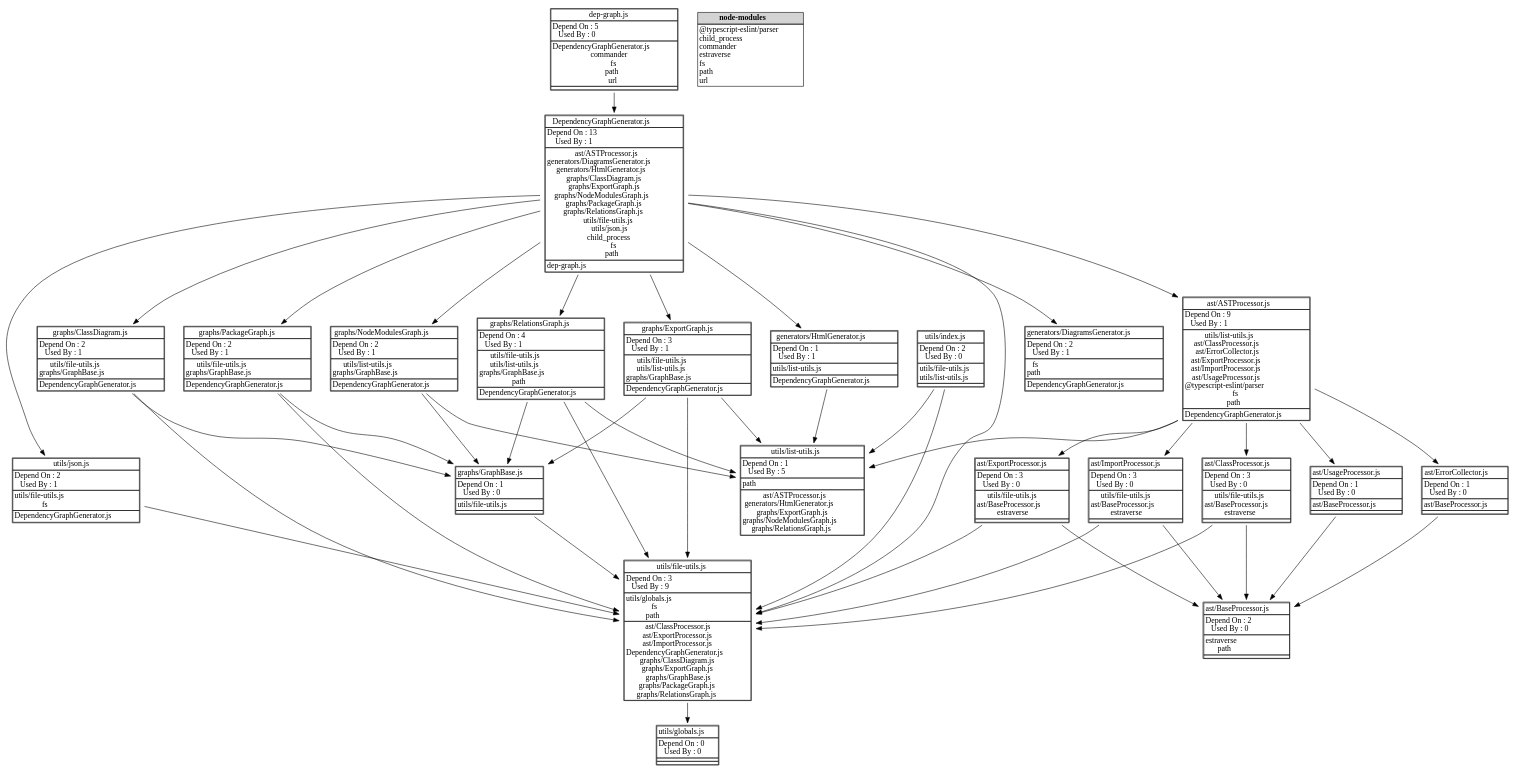
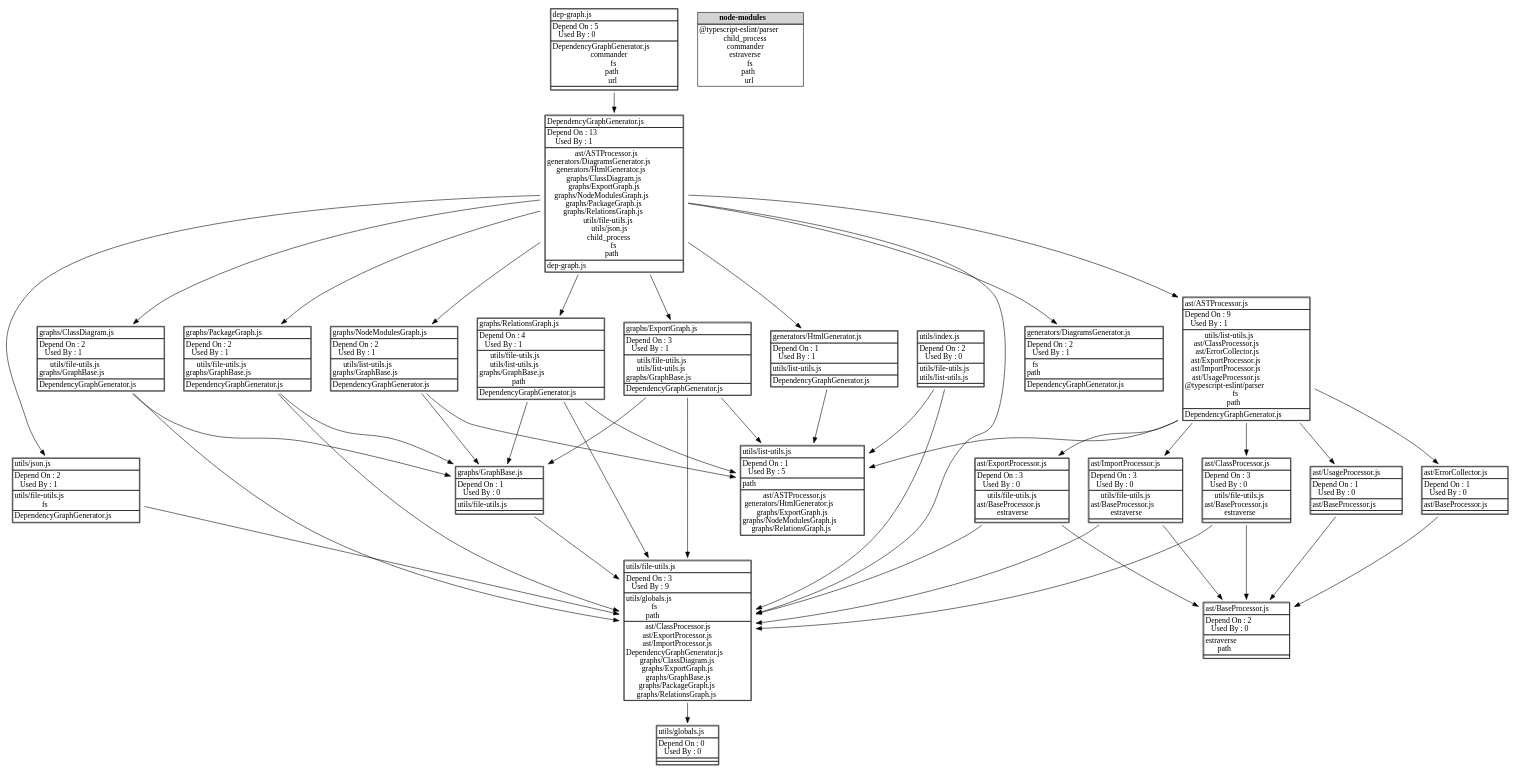
Before and after one commit to fleebe/dep-graph: the diagram in docs/Relations.dot, drawn with Graphviz. The commit also changed 21 other files, not shown here.

Commit message:
IMplemented node_moduels in Modeul Export and made sure the code completes the generation of SVG files before it tries to create diagrams.html

```diff
--- a/docs/Relations.dot
+++ b/docs/Relations.dot
@@ -1,17 +1,38 @@
 digraph {label="";
 labelloc="t";
 "dep-graph.js" [shape = none, label =<<TABLE cellspacing="0" cellborder="1" align="left">
-<TR><TD ALIGN="center">dep-graph.js</TD></TR>
+<TR><TD ALIGN="left">dep-graph.js</TD></TR>
 <TR><TD ALIGN="left">Depend On : 5<BR/>
 Used By : 0</TD></TR>
-<TR><TD align="left">DependencyGraphGenerator.js<BR />commander<BR />fs<BR />path<BR />url<BR /></TD></TR><TR><TD align="left"></TD></TR>
+<TR><TD ALIGN="left">DependencyGraphGenerator.js<BR/>
+commander<BR/>
+fs<BR/>
+path<BR/>
+url<BR/>
+</TD></TR>
+<TR><TD ALIGN="left"></TD></TR>
 </TABLE>>];
 "dep-graph.js"->"DependencyGraphGenerator.js"
 "DependencyGraphGenerator.js" [shape = none, label =<<TABLE cellspacing="0" cellborder="1" align="left">
-<TR><TD ALIGN="center">DependencyGraphGenerator.js</TD></TR>
+<TR><TD ALIGN="left">DependencyGraphGenerator.js</TD></TR>
 <TR><TD ALIGN="left">Depend On : 13<BR/>
 Used By : 1</TD></TR>
-<TR><TD align="left">ast/ASTProcessor.js<BR />generators/DiagramsGenerator.js<BR />generators/HtmlGenerator.js<BR />graphs/ClassDiagram.js<BR />graphs/ExportGraph.js<BR />graphs/NodeModulesGraph.js<BR />graphs/PackageGraph.js<BR />graphs/RelationsGraph.js<BR />utils/file-utils.js<BR />utils/json.js<BR />child_process<BR />fs<BR />path<BR /></TD></TR><TR><TD align="left">dep-graph.js<BR/></TD></TR>
+<TR><TD ALIGN="left">ast/ASTProcessor.js<BR/>
+generators/DiagramsGenerator.js<BR/>
+generators/HtmlGenerator.js<BR/>
+graphs/ClassDiagram.js<BR/>
+graphs/ExportGraph.js<BR/>
+graphs/NodeModulesGraph.js<BR/>
+graphs/PackageGraph.js<BR/>
+graphs/RelationsGraph.js<BR/>
+utils/file-utils.js<BR/>
+utils/json.js<BR/>
+child_process<BR/>
+fs<BR/>
+path<BR/>
+</TD></TR>
+<TR><TD ALIGN="left">dep-graph.js<BR/>
+</TD></TR>
 </TABLE>>];
 "DependencyGraphGenerator.js"->"ast/ASTProcessor.js"
 "DependencyGraphGenerator.js"->"generators/DiagramsGenerator.js"
@@ -24,10 +45,21 @@
 "DependencyGraphGenerator.js"->"utils/file-utils.js"
 "DependencyGraphGenerator.js"->"utils/json.js"
 "ast/ASTProcessor.js" [shape = none, label =<<TABLE cellspacing="0" cellborder="1" align="left">
-<TR><TD ALIGN="center">ast/ASTProcessor.js</TD></TR>
+<TR><TD ALIGN="left">ast/ASTProcessor.js</TD></TR>
 <TR><TD ALIGN="left">Depend On : 9<BR/>
 Used By : 1</TD></TR>
-<TR><TD align="left">utils/list-utils.js<BR />ast/ClassProcessor.js<BR />ast/ErrorCollector.js<BR />ast/ExportProcessor.js<BR />ast/ImportProcessor.js<BR />ast/UsageProcessor.js<BR />@typescript-eslint/parser<BR />fs<BR />path<BR /></TD></TR><TR><TD align="left">DependencyGraphGenerator.js<BR/></TD></TR>
+<TR><TD ALIGN="left">utils/list-utils.js<BR/>
+ast/ClassProcessor.js<BR/>
+ast/ErrorCollector.js<BR/>
+ast/ExportProcessor.js<BR/>
+ast/ImportProcessor.js<BR/>
+ast/UsageProcessor.js<BR/>
+@typescript-eslint/parser<BR/>
+fs<BR/>
+path<BR/>
+</TD></TR>
+<TR><TD ALIGN="left">DependencyGraphGenerator.js<BR/>
+</TD></TR>
 </TABLE>>];
 "ast/ASTProcessor.js"->"utils/list-utils.js"
 "ast/ASTProcessor.js"->"ast/ClassProcessor.js"
@@ -36,147 +68,233 @@
 "ast/ASTProcessor.js"->"ast/ImportProcessor.js"
 "ast/ASTProcessor.js"->"ast/UsageProcessor.js"
 "ast/BaseProcessor.js" [shape = none, label =<<TABLE cellspacing="0" cellborder="1" align="left">
-<TR><TD ALIGN="center">ast/BaseProcessor.js</TD></TR>
+<TR><TD ALIGN="left">ast/BaseProcessor.js</TD></TR>
 <TR><TD ALIGN="left">Depend On : 2<BR/>
 Used By : 0</TD></TR>
-<TR><TD align="left">estraverse<BR />path<BR /></TD></TR><TR><TD align="left"></TD></TR>
+<TR><TD ALIGN="left">estraverse<BR/>
+path<BR/>
+</TD></TR>
+<TR><TD ALIGN="left"></TD></TR>
 </TABLE>>];
 "ast/ClassProcessor.js" [shape = none, label =<<TABLE cellspacing="0" cellborder="1" align="left">
-<TR><TD ALIGN="center">ast/ClassProcessor.js</TD></TR>
+<TR><TD ALIGN="left">ast/ClassProcessor.js</TD></TR>
 <TR><TD ALIGN="left">Depend On : 3<BR/>
 Used By : 0</TD></TR>
-<TR><TD align="left">utils/file-utils.js<BR />ast/BaseProcessor.js<BR />estraverse<BR /></TD></TR><TR><TD align="left"></TD></TR>
+<TR><TD ALIGN="left">utils/file-utils.js<BR/>
+ast/BaseProcessor.js<BR/>
+estraverse<BR/>
+</TD></TR>
+<TR><TD ALIGN="left"></TD></TR>
 </TABLE>>];
 "ast/ClassProcessor.js"->"utils/file-utils.js"
 "ast/ClassProcessor.js"->"ast/BaseProcessor.js"
 "ast/ErrorCollector.js" [shape = none, label =<<TABLE cellspacing="0" cellborder="1" align="left">
-<TR><TD ALIGN="center">ast/ErrorCollector.js</TD></TR>
+<TR><TD ALIGN="left">ast/ErrorCollector.js</TD></TR>
 <TR><TD ALIGN="left">Depend On : 1<BR/>
 Used By : 0</TD></TR>
-<TR><TD align="left">ast/BaseProcessor.js<BR /></TD></TR><TR><TD align="left"></TD></TR>
+<TR><TD ALIGN="left">ast/BaseProcessor.js<BR/>
+</TD></TR>
+<TR><TD ALIGN="left"></TD></TR>
 </TABLE>>];
 "ast/ErrorCollector.js"->"ast/BaseProcessor.js"
 "ast/ExportProcessor.js" [shape = none, label =<<TABLE cellspacing="0" cellborder="1" align="left">
-<TR><TD ALIGN="center">ast/ExportProcessor.js</TD></TR>
+<TR><TD ALIGN="left">ast/ExportProcessor.js</TD></TR>
 <TR><TD ALIGN="left">Depend On : 3<BR/>
 Used By : 0</TD></TR>
-<TR><TD align="left">utils/file-utils.js<BR />ast/BaseProcessor.js<BR />estraverse<BR /></TD></TR><TR><TD align="left"></TD></TR>
+<TR><TD ALIGN="left">utils/file-utils.js<BR/>
+ast/BaseProcessor.js<BR/>
+estraverse<BR/>
+</TD></TR>
+<TR><TD ALIGN="left"></TD></TR>
 </TABLE>>];
 "ast/ExportProcessor.js"->"utils/file-utils.js"
 "ast/ExportProcessor.js"->"ast/BaseProcessor.js"
 "ast/ImportProcessor.js" [shape = none, label =<<TABLE cellspacing="0" cellborder="1" align="left">
-<TR><TD ALIGN="center">ast/ImportProcessor.js</TD></TR>
+<TR><TD ALIGN="left">ast/ImportProcessor.js</TD></TR>
 <TR><TD ALIGN="left">Depend On : 3<BR/>
 Used By : 0</TD></TR>
-<TR><TD align="left">utils/file-utils.js<BR />ast/BaseProcessor.js<BR />estraverse<BR /></TD></TR><TR><TD align="left"></TD></TR>
+<TR><TD ALIGN="left">utils/file-utils.js<BR/>
+ast/BaseProcessor.js<BR/>
+estraverse<BR/>
+</TD></TR>
+<TR><TD ALIGN="left"></TD></TR>
 </TABLE>>];
 "ast/ImportProcessor.js"->"utils/file-utils.js"
 "ast/ImportProcessor.js"->"ast/BaseProcessor.js"
 "ast/UsageProcessor.js" [shape = none, label =<<TABLE cellspacing="0" cellborder="1" align="left">
-<TR><TD ALIGN="center">ast/UsageProcessor.js</TD></TR>
+<TR><TD ALIGN="left">ast/UsageProcessor.js</TD></TR>
 <TR><TD ALIGN="left">Depend On : 1<BR/>
 Used By : 0</TD></TR>
-<TR><TD align="left">ast/BaseProcessor.js<BR /></TD></TR><TR><TD align="left"></TD></TR>
+<TR><TD ALIGN="left">ast/BaseProcessor.js<BR/>
+</TD></TR>
+<TR><TD ALIGN="left"></TD></TR>
 </TABLE>>];
 "ast/UsageProcessor.js"->"ast/BaseProcessor.js"
 "generators/DiagramsGenerator.js" [shape = none, label =<<TABLE cellspacing="0" cellborder="1" align="left">
-<TR><TD ALIGN="center">generators/DiagramsGenerator.js</TD></TR>
+<TR><TD ALIGN="left">generators/DiagramsGenerator.js</TD></TR>
 <TR><TD ALIGN="left">Depend On : 2<BR/>
 Used By : 1</TD></TR>
-<TR><TD align="left">fs<BR />path<BR /></TD></TR><TR><TD align="left">DependencyGraphGenerator.js<BR/></TD></TR>
+<TR><TD ALIGN="left">fs<BR/>
+path<BR/>
+</TD></TR>
+<TR><TD ALIGN="left">DependencyGraphGenerator.js<BR/>
+</TD></TR>
 </TABLE>>];
 "generators/HtmlGenerator.js" [shape = none, label =<<TABLE cellspacing="0" cellborder="1" align="left">
-<TR><TD ALIGN="center">generators/HtmlGenerator.js</TD></TR>
+<TR><TD ALIGN="left">generators/HtmlGenerator.js</TD></TR>
 <TR><TD ALIGN="left">Depend On : 1<BR/>
 Used By : 1</TD></TR>
-<TR><TD align="left">utils/list-utils.js<BR /></TD></TR><TR><TD align="left">DependencyGraphGenerator.js<BR/></TD></TR>
+<TR><TD ALIGN="left">utils/list-utils.js<BR/>
+</TD></TR>
+<TR><TD ALIGN="left">DependencyGraphGenerator.js<BR/>
+</TD></TR>
 </TABLE>>];
 "generators/HtmlGenerator.js"->"utils/list-utils.js"
 "graphs/ClassDiagram.js" [shape = none, label =<<TABLE cellspacing="0" cellborder="1" align="left">
-<TR><TD ALIGN="center">graphs/ClassDiagram.js</TD></TR>
+<TR><TD ALIGN="left">graphs/ClassDiagram.js</TD></TR>
 <TR><TD ALIGN="left">Depend On : 2<BR/>
 Used By : 1</TD></TR>
-<TR><TD align="left">utils/file-utils.js<BR />graphs/GraphBase.js<BR /></TD></TR><TR><TD align="left">DependencyGraphGenerator.js<BR/></TD></TR>
+<TR><TD ALIGN="left">utils/file-utils.js<BR/>
+graphs/GraphBase.js<BR/>
+</TD></TR>
+<TR><TD ALIGN="left">DependencyGraphGenerator.js<BR/>
+</TD></TR>
 </TABLE>>];
 "graphs/ClassDiagram.js"->"utils/file-utils.js"
 "graphs/ClassDiagram.js"->"graphs/GraphBase.js"
 "graphs/ExportGraph.js" [shape = none, label =<<TABLE cellspacing="0" cellborder="1" align="left">
-<TR><TD ALIGN="center">graphs/ExportGraph.js</TD></TR>
+<TR><TD ALIGN="left">graphs/ExportGraph.js</TD></TR>
 <TR><TD ALIGN="left">Depend On : 3<BR/>
 Used By : 1</TD></TR>
-<TR><TD align="left">utils/file-utils.js<BR />utils/list-utils.js<BR />graphs/GraphBase.js<BR /></TD></TR><TR><TD align="left">DependencyGraphGenerator.js<BR/></TD></TR>
+<TR><TD ALIGN="left">utils/file-utils.js<BR/>
+utils/list-utils.js<BR/>
+graphs/GraphBase.js<BR/>
+</TD></TR>
+<TR><TD ALIGN="left">DependencyGraphGenerator.js<BR/>
+</TD></TR>
 </TABLE>>];
 "graphs/ExportGraph.js"->"utils/file-utils.js"
 "graphs/ExportGraph.js"->"utils/list-utils.js"
 "graphs/ExportGraph.js"->"graphs/GraphBase.js"
 "graphs/GraphBase.js" [shape = none, label =<<TABLE cellspacing="0" cellborder="1" align="left">
-<TR><TD ALIGN="center">graphs/GraphBase.js</TD></TR>
+<TR><TD ALIGN="left">graphs/GraphBase.js</TD></TR>
 <TR><TD ALIGN="left">Depend On : 1<BR/>
 Used By : 0</TD></TR>
-<TR><TD align="left">utils/file-utils.js<BR /></TD></TR><TR><TD align="left"></TD></TR>
+<TR><TD ALIGN="left">utils/file-utils.js<BR/>
+</TD></TR>
+<TR><TD ALIGN="left"></TD></TR>
 </TABLE>>];
 "graphs/GraphBase.js"->"utils/file-utils.js"
 "graphs/NodeModulesGraph.js" [shape = none, label =<<TABLE cellspacing="0" cellborder="1" align="left">
-<TR><TD ALIGN="center">graphs/NodeModulesGraph.js</TD></TR>
+<TR><TD ALIGN="left">graphs/NodeModulesGraph.js</TD></TR>
 <TR><TD ALIGN="left">Depend On : 2<BR/>
 Used By : 1</TD></TR>
-<TR><TD align="left">utils/list-utils.js<BR />graphs/GraphBase.js<BR /></TD></TR><TR><TD align="left">DependencyGraphGenerator.js<BR/></TD></TR>
+<TR><TD ALIGN="left">utils/list-utils.js<BR/>
+graphs/GraphBase.js<BR/>
+</TD></TR>
+<TR><TD ALIGN="left">DependencyGraphGenerator.js<BR/>
+</TD></TR>
 </TABLE>>];
 "graphs/NodeModulesGraph.js"->"utils/list-utils.js"
 "graphs/NodeModulesGraph.js"->"graphs/GraphBase.js"
 "graphs/PackageGraph.js" [shape = none, label =<<TABLE cellspacing="0" cellborder="1" align="left">
-<TR><TD ALIGN="center">graphs/PackageGraph.js</TD></TR>
+<TR><TD ALIGN="left">graphs/PackageGraph.js</TD></TR>
 <TR><TD ALIGN="left">Depend On : 2<BR/>
 Used By : 1</TD></TR>
-<TR><TD align="left">utils/file-utils.js<BR />graphs/GraphBase.js<BR /></TD></TR><TR><TD align="left">DependencyGraphGenerator.js<BR/></TD></TR>
+<TR><TD ALIGN="left">utils/file-utils.js<BR/>
+graphs/GraphBase.js<BR/>
+</TD></TR>
+<TR><TD ALIGN="left">DependencyGraphGenerator.js<BR/>
+</TD></TR>
 </TABLE>>];
 "graphs/PackageGraph.js"->"utils/file-utils.js"
 "graphs/PackageGraph.js"->"graphs/GraphBase.js"
 "graphs/RelationsGraph.js" [shape = none, label =<<TABLE cellspacing="0" cellborder="1" align="left">
-<TR><TD ALIGN="center">graphs/RelationsGraph.js</TD></TR>
+<TR><TD ALIGN="left">graphs/RelationsGraph.js</TD></TR>
 <TR><TD ALIGN="left">Depend On : 4<BR/>
 Used By : 1</TD></TR>
-<TR><TD align="left">utils/file-utils.js<BR />utils/list-utils.js<BR />graphs/GraphBase.js<BR />path<BR /></TD></TR><TR><TD align="left">DependencyGraphGenerator.js<BR/></TD></TR>
+<TR><TD ALIGN="left">utils/file-utils.js<BR/>
+utils/list-utils.js<BR/>
+graphs/GraphBase.js<BR/>
+path<BR/>
+</TD></TR>
+<TR><TD ALIGN="left">DependencyGraphGenerator.js<BR/>
+</TD></TR>
 </TABLE>>];
 "graphs/RelationsGraph.js"->"utils/file-utils.js"
 "graphs/RelationsGraph.js"->"utils/list-utils.js"
 "graphs/RelationsGraph.js"->"graphs/GraphBase.js"
 "utils/file-utils.js" [shape = none, label =<<TABLE cellspacing="0" cellborder="1" align="left">
-<TR><TD ALIGN="center">utils/file-utils.js</TD></TR>
+<TR><TD ALIGN="left">utils/file-utils.js</TD></TR>
 <TR><TD ALIGN="left">Depend On : 3<BR/>
 Used By : 9</TD></TR>
-<TR><TD align="left">utils/globals.js<BR />fs<BR />path<BR /></TD></TR><TR><TD align="left">ast/ClassProcessor.js<BR/>ast/ExportProcessor.js<BR/>ast/ImportProcessor.js<BR/>DependencyGraphGenerator.js<BR/>graphs/ClassDiagram.js<BR/>graphs/ExportGraph.js<BR/>graphs/GraphBase.js<BR/>graphs/PackageGraph.js<BR/>graphs/RelationsGraph.js<BR/></TD></TR>
+<TR><TD ALIGN="left">utils/globals.js<BR/>
+fs<BR/>
+path<BR/>
+</TD></TR>
+<TR><TD ALIGN="left">ast/ClassProcessor.js<BR/>
+ast/ExportProcessor.js<BR/>
+ast/ImportProcessor.js<BR/>
+DependencyGraphGenerator.js<BR/>
+graphs/ClassDiagram.js<BR/>
+graphs/ExportGraph.js<BR/>
+graphs/GraphBase.js<BR/>
+graphs/PackageGraph.js<BR/>
+graphs/RelationsGraph.js<BR/>
+</TD></TR>
 </TABLE>>];
 "utils/file-utils.js"->"utils/globals.js"
 "utils/globals.js" [shape = none, label =<<TABLE cellspacing="0" cellborder="1" align="left">
-<TR><TD ALIGN="center">utils/globals.js</TD></TR>
+<TR><TD ALIGN="left">utils/globals.js</TD></TR>
 <TR><TD ALIGN="left">Depend On : 0<BR/>
 Used By : 0</TD></TR>
-<TR><TD align="left"></TD></TR><TR><TD align="left"></TD></TR>
+<TR><TD ALIGN="left"></TD></TR>
+<TR><TD ALIGN="left"></TD></TR>
 </TABLE>>];
 "utils/index.js" [shape = none, label =<<TABLE cellspacing="0" cellborder="1" align="left">
-<TR><TD ALIGN="center">utils/index.js</TD></TR>
+<TR><TD ALIGN="left">utils/index.js</TD></TR>
 <TR><TD ALIGN="left">Depend On : 2<BR/>
 Used By : 0</TD></TR>
-<TR><TD align="left">utils/file-utils.js<BR />utils/list-utils.js<BR /></TD></TR><TR><TD align="left"></TD></TR>
+<TR><TD ALIGN="left">utils/file-utils.js<BR/>
+utils/list-utils.js<BR/>
+</TD></TR>
+<TR><TD ALIGN="left"></TD></TR>
 </TABLE>>];
 "utils/index.js"->"utils/file-utils.js"
 "utils/index.js"->"utils/list-utils.js"
 "utils/json.js" [shape = none, label =<<TABLE cellspacing="0" cellborder="1" align="left">
-<TR><TD ALIGN="center">utils/json.js</TD></TR>
+<TR><TD ALIGN="left">utils/json.js</TD></TR>
 <TR><TD ALIGN="left">Depend On : 2<BR/>
 Used By : 1</TD></TR>
-<TR><TD align="left">utils/file-utils.js<BR />fs<BR /></TD></TR><TR><TD align="left">DependencyGraphGenerator.js<BR/></TD></TR>
+<TR><TD ALIGN="left">utils/file-utils.js<BR/>
+fs<BR/>
+</TD></TR>
+<TR><TD ALIGN="left">DependencyGraphGenerator.js<BR/>
+</TD></TR>
 </TABLE>>];
 "utils/json.js"->"utils/file-utils.js"
 "utils/list-utils.js" [shape = none, label =<<TABLE cellspacing="0" cellborder="1" align="left">
-<TR><TD ALIGN="center">utils/list-utils.js</TD></TR>
+<TR><TD ALIGN="left">utils/list-utils.js</TD></TR>
 <TR><TD ALIGN="left">Depend On : 1<BR/>
 Used By : 5</TD></TR>
-<TR><TD align="left">path<BR /></TD></TR><TR><TD align="left">ast/ASTProcessor.js<BR/>generators/HtmlGenerator.js<BR/>graphs/ExportGraph.js<BR/>graphs/NodeModulesGraph.js<BR/>graphs/RelationsGraph.js<BR/></TD></TR>
+<TR><TD ALIGN="left">path<BR/>
+</TD></TR>
+<TR><TD ALIGN="left">ast/ASTProcessor.js<BR/>
+generators/HtmlGenerator.js<BR/>
+graphs/ExportGraph.js<BR/>
+graphs/NodeModulesGraph.js<BR/>
+graphs/RelationsGraph.js<BR/>
+</TD></TR>
 </TABLE>>];
-"node-modules" [shape=none, label=<
-      <table border="0" cellborder="1" cellspacing="0">
-        <tr><td bgcolor="lightgrey"><b>node-modules</b></td></tr>
-        <tr><td align="left" balign="left">@typescript-eslint/parser<br align="left"/>child_process<br align="left"/>commander<br align="left"/>estraverse<br align="left"/>fs<br align="left"/>path<br align="left"/>url<br align="left"/></td></tr></table>>];
+"node-modules" [shape=none, label=<<table border="0" align="left" cellborder="1" cellspacing="0">
+<tr><td bgcolor="lightgrey"><b>node-modules</b></td></tr>
+<tr><td align="left">@typescript-eslint/parser<BR/>
+child_process<BR/>
+commander<BR/>
+estraverse<BR/>
+fs<BR/>
+path<BR/>
+url<BR/>
+</td></tr>
+</table>>];
 }
```
